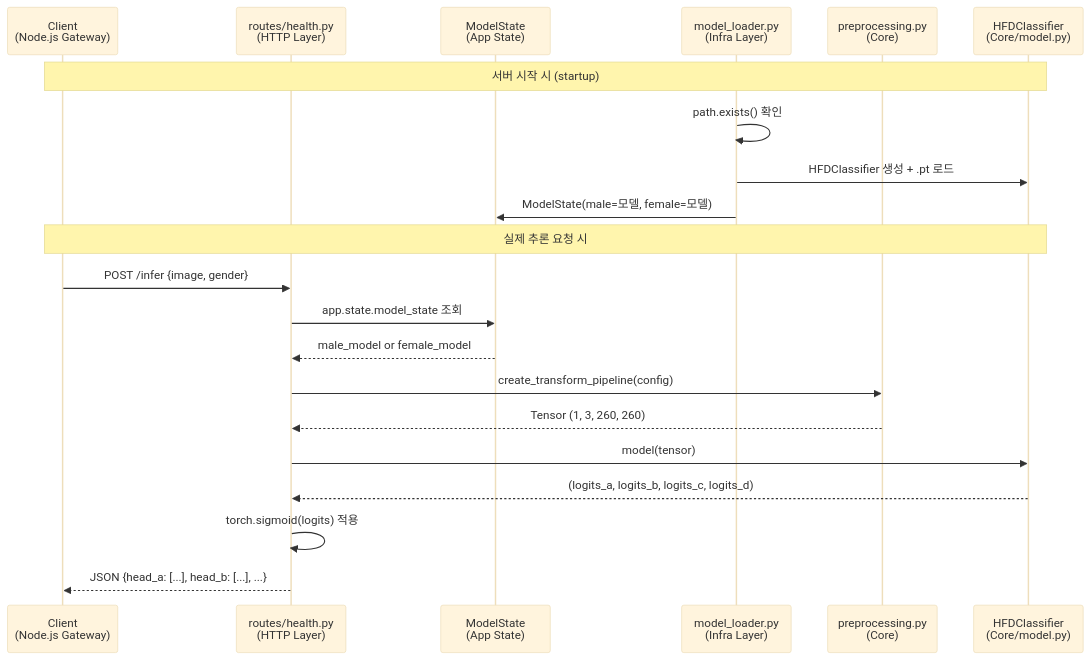
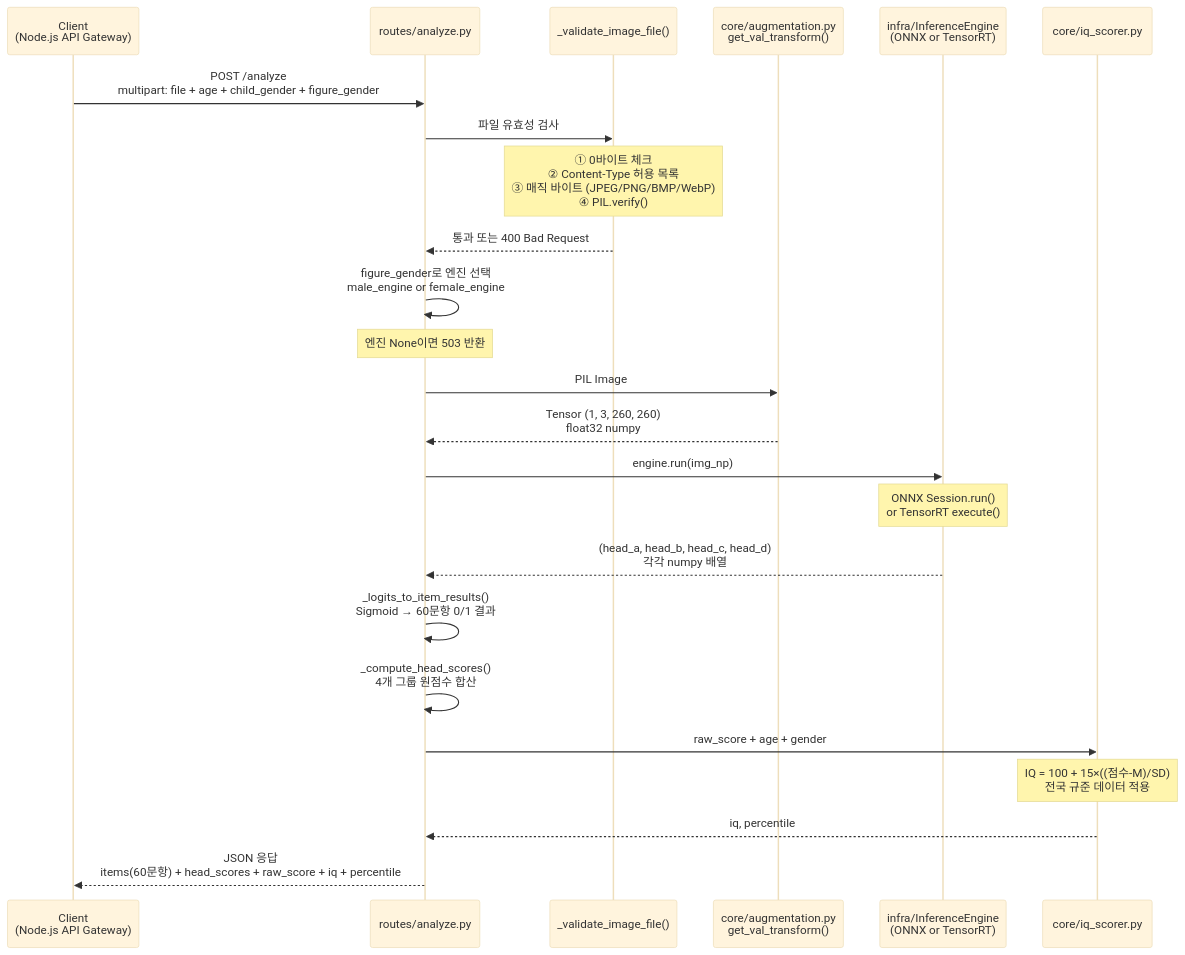
Before and after one commit to aquisto535/mind-palette-project: the first of 3 diagrams in docs/reports/ai_server_structure_report.md, drawn with Mermaid (base theme). The commit also changed other lines of this file and 18 other files, not shown here.

Commit message:
feat: Implement initial image preprocessing and analysis pipeline with API Gateway integration, C++ backend services, and supporting scripts/documentation.

````diff
--- a/docs/reports/ai_server_structure_report.md
+++ b/docs/reports/ai_server_structure_report.md
@@ -33,25 +44,34 @@
 ```mermaid
 sequenceDiagram
-    participant C as Client<br/>(Node.js Gateway)
-    participant R as routes/health.py<br/>(HTTP Layer)
-    participant MS as ModelState<br/>(App State)
-    participant ML as model_loader.py<br/>(Infra Layer)
-    participant P as preprocessing.py<br/>(Core)
-    participant M as HFDClassifier<br/>(Core/model.py)
+    participant C as Client<br/>(Node.js API Gateway)
+    participant R as routes/analyze.py
+    participant V as _validate_image_file()
+    participant P as core/augmentation.py<br/>get_val_transform()
+    participant E as infra/InferenceEngine<br/>(ONNX or TensorRT)
+    participant S as core/iq_scorer.py
 
-    Note over C,M: 서버 시작 시 (startup)
-    ML->>ML: path.exists() 확인
-    ML->>M: HFDClassifier 생성 + .pt 로드
-    ML->>MS: ModelState(male=모델, female=모델)
+    C->>R: POST /analyze<br/>multipart: file + age + child_gender + figure_gender
 
-    Note over C,M: 실제 추론 요청 시
-    C->>R: POST /infer {image, gender}
-    R->>MS: app.state.model_state 조회
-    MS-->>R: male_model or female_model
-    R->>P: create_transform_pipeline(config)
-    P-->>R: Tensor (1, 3, 260, 260)
-    R->>M: model(tensor)
-    M-->>R: (logits_a, logits_b, logits_c, logits_d)
-    R->>R: torch.sigmoid(logits) 적용
-    R-->>C: JSON {head_a: [...], head_b: [...], ...}
+    R->>V: 파일 유효성 검사
+    Note over V: ① 0바이트 체크<br/>② Content-Type 허용 목록<br/>③ 매직 바이트 (JPEG/PNG/BMP/WebP)<br/>④ PIL.verify()
+    V-->>R: 통과 또는 400 Bad Request
+
+    R->>R: figure_gender로 엔진 선택<br/>male_engine or female_engine
+    Note over R: 엔진 None이면 503 반환
+
+    R->>P: PIL Image
+    P-->>R: Tensor (1, 3, 260, 260)<br/>float32 numpy
+
+    R->>E: engine.run(img_np)
+    Note over E: ONNX Session.run()<br/>or TensorRT execute()
+    E-->>R: (head_a, head_b, head_c, head_d)<br/>각각 numpy 배열
+
+    R->>R: _logits_to_item_results()<br/>Sigmoid → 60문항 0/1 결과
+    R->>R: _compute_head_scores()<br/>4개 그룹 원점수 합산
+
+    R->>S: raw_score + age + gender
+    Note over S: IQ = 100 + 15×((점수-M)/SD)<br/>전국 규준 데이터 적용
+    S-->>R: iq, percentile
+
+    R-->>C: JSON 응답<br/>items(60문항) + head_scores + raw_score + iq + percentile
 ```
````
